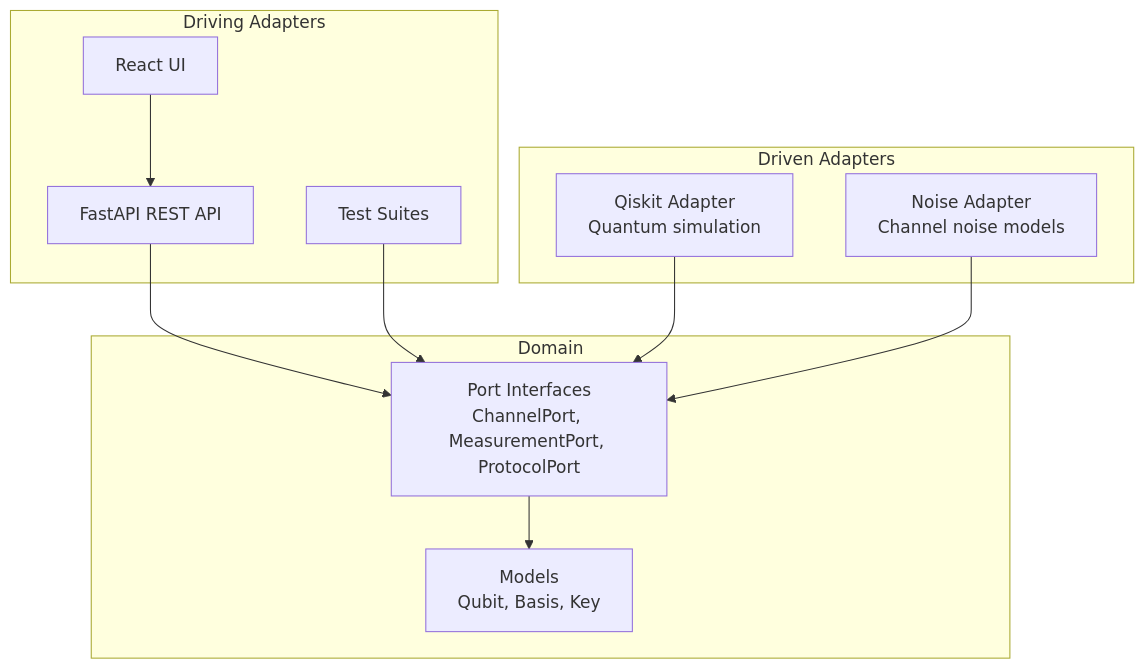
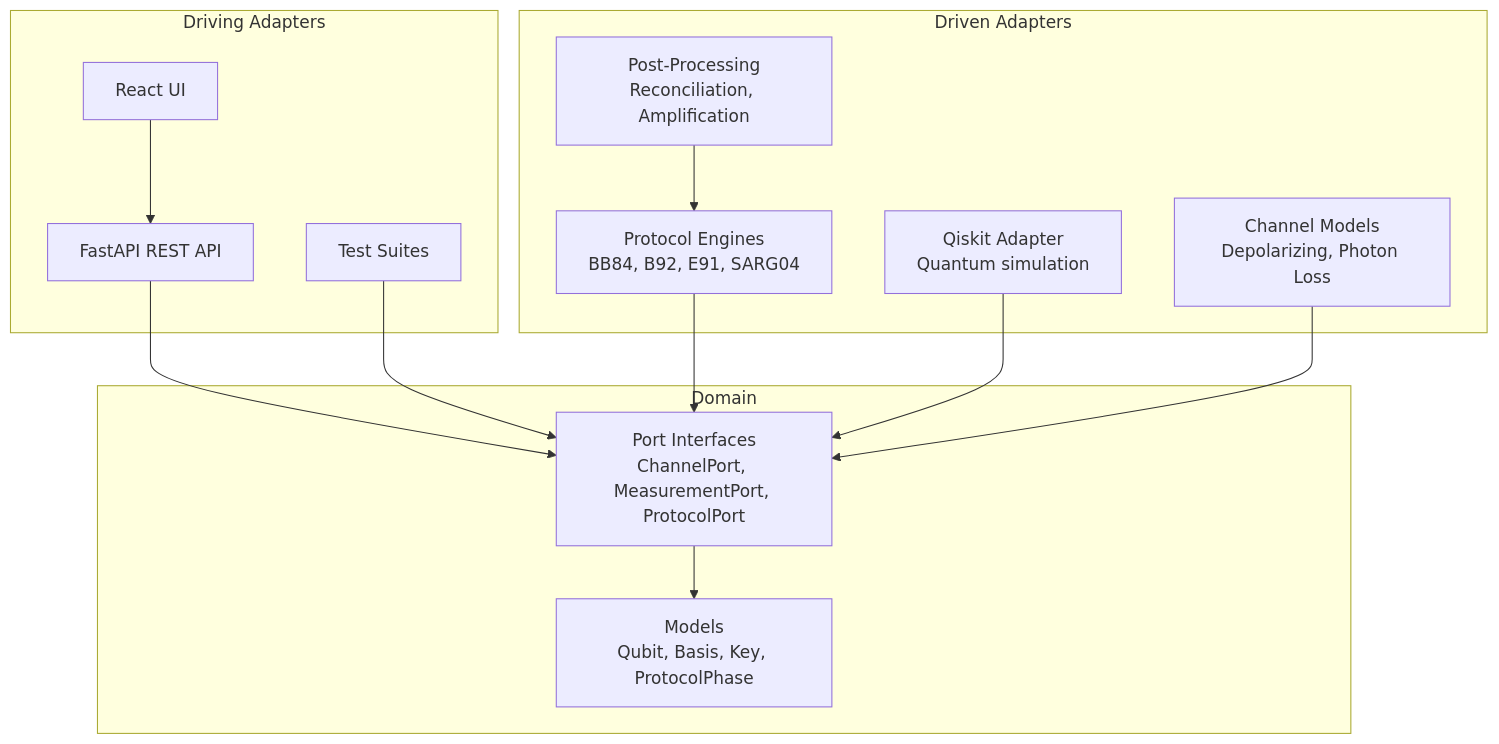
One commit to taoq-ai/qkd-playground changed the diagram in docs/architecture.md. Above: the diagram before and after it, drawn with Mermaid. The commit also changed other lines of this file and 3 other files, not shown here.

First line of the commit message:
docs: update README and mkdocs for SARG04, noise models, and post-processing

````diff
--- a/docs/architecture.md
+++ b/docs/architecture.md
@@ -7,25 +7,29 @@
 ```mermaid
 graph TD
     subgraph "Driving Adapters"
         API[FastAPI REST API]
         UI[React UI]
         Tests[Test Suites]
     end
 
     subgraph "Domain"
-        Models[Models<br/>Qubit, Basis, Key]
+        Models[Models<br/>Qubit, Basis, Key, ProtocolPhase]
         Ports[Port Interfaces<br/>ChannelPort, MeasurementPort, ProtocolPort]
     end
 
     subgraph "Driven Adapters"
+        Protocols[Protocol Engines<br/>BB84, B92, E91, SARG04]
         Qiskit[Qiskit Adapter<br/>Quantum simulation]
-        Noise[Noise Adapter<br/>Channel noise models]
+        Noise[Channel Models<br/>Depolarizing, Photon Loss]
+        PostProc[Post-Processing<br/>Reconciliation, Amplification]
     end
 
     API --> Ports
     UI --> API
     Tests --> Ports
     Ports --> Models
+    Protocols --> Ports
     Qiskit --> Ports
     Noise --> Ports
+    PostProc --> Protocols
 ```
````
